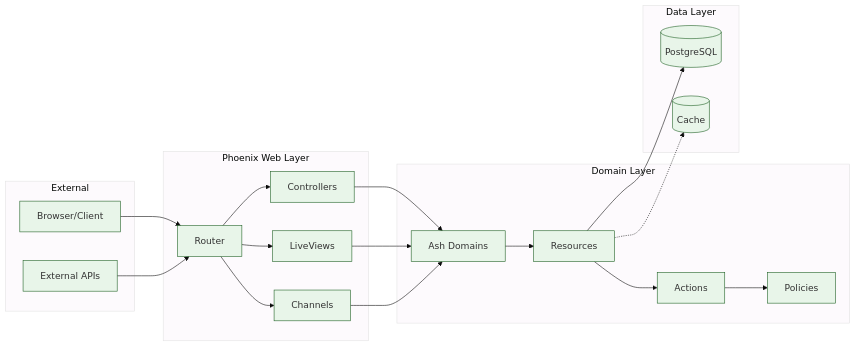
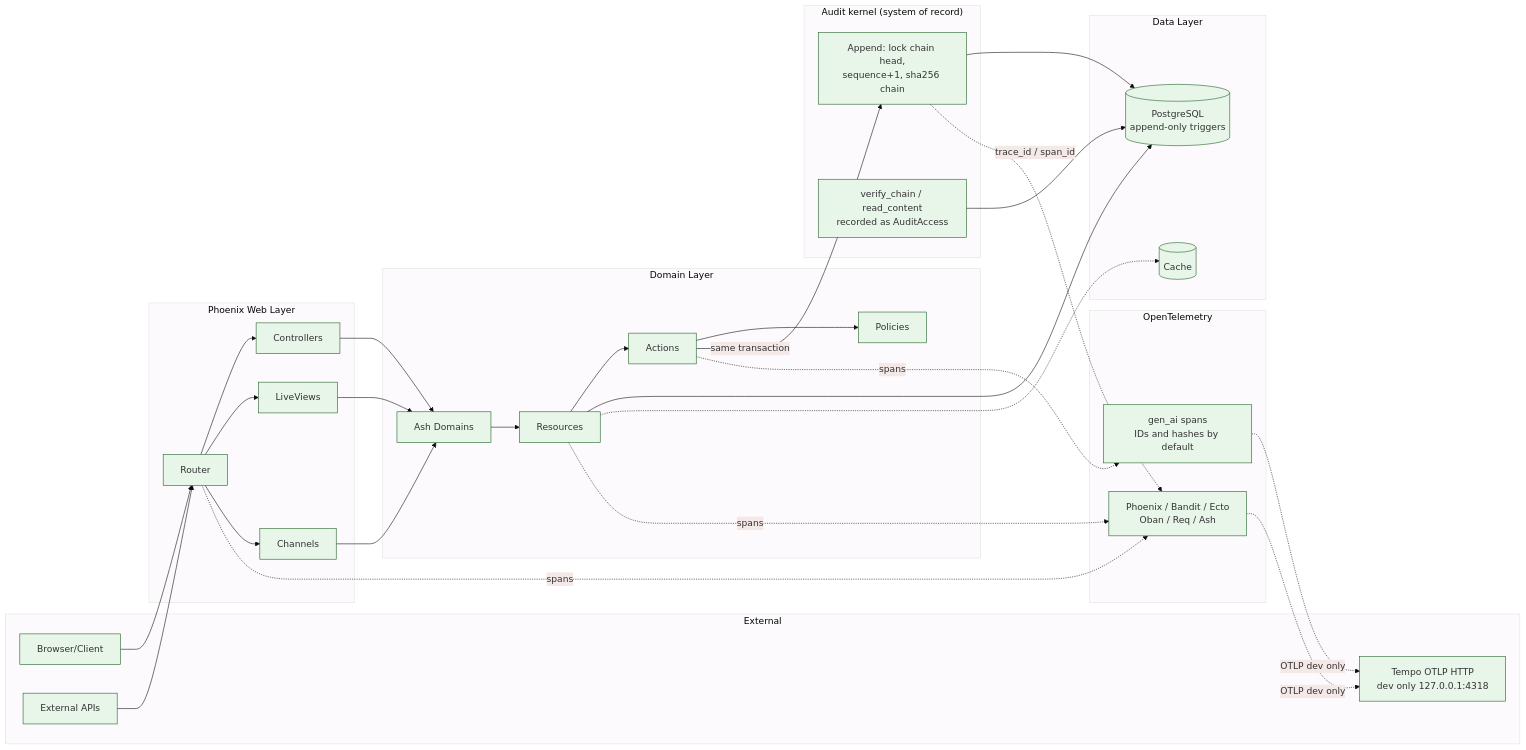
Before and after one commit to chops/sdr_agent: the diagram in docs/architecture/data-flow.md, drawn with Mermaid. The commit also changed 6 other files, not shown here.

Commit message:
S3: update architecture diagrams and record implementation notes

````diff
--- a/docs/architecture/data-flow.md
+++ b/docs/architecture/data-flow.md
@@ -9,45 +9,65 @@
 ```mermaid
 %%{init: {'theme': 'base', 'themeVariables': { 'primaryColor': '#e8f5e9', 'primaryBorderColor': '#1b5e20'}}}%%
 flowchart LR
     subgraph External["External"]
         Browser[Browser/Client]
         API[External APIs]
+        Tempo[Tempo OTLP HTTP<br/>dev only 127.0.0.1:4318]
     end
 
     subgraph Web["Phoenix Web Layer"]
         Router[Router]
         Controllers[Controllers]
         LiveViews[LiveViews]
         Channels[Channels]
     end
 
     subgraph Domain["Domain Layer"]
         Domains[Ash Domains]
         Resources[Resources]
         Actions[Actions]
         Policies[Policies]
     end
 
+    subgraph AuditKernel["Audit kernel (system of record)"]
+        Append[Append: lock chain head,<br/>sequence+1, sha256 chain]
+        Verify[verify_chain / read_content<br/>recorded as AuditAccess]
+    end
+
     subgraph Data["Data Layer"]
-        Postgres[(PostgreSQL)]
+        Postgres[(PostgreSQL<br/>append-only triggers)]
         Cache[(Cache)]
+    end
+
+    subgraph Observability["OpenTelemetry"]
+        Instrumentation[Phoenix / Bandit / Ecto<br/>Oban / Req / Ash]
+        GenAI[gen_ai spans<br/>IDs and hashes by default]
     end
 
     Browser --> Router
     API --> Router
     Router --> Controllers
     Router --> LiveViews
     Router --> Channels
     Controllers --> Domains
     LiveViews --> Domains
     Channels --> Domains
     Domains --> Resources
     Resources --> Actions
     Actions --> Policies
     Resources --> Postgres
+    Actions -- same transaction --> Append
+    Append --> Postgres
+    Verify --> Postgres
+    Append -. trace_id / span_id .-> Instrumentation
     Resources -.-> Cache
+    Router -. spans .-> Instrumentation
+    Resources -. spans .-> Instrumentation
+    Actions -. spans .-> GenAI
+    Instrumentation -. OTLP dev only .-> Tempo
+    GenAI -. OTLP dev only .-> Tempo
 
     %% Project shape: single
     %% Detected data layers:
     %% - AshPostgres (PostgreSQL)
 ```
````
